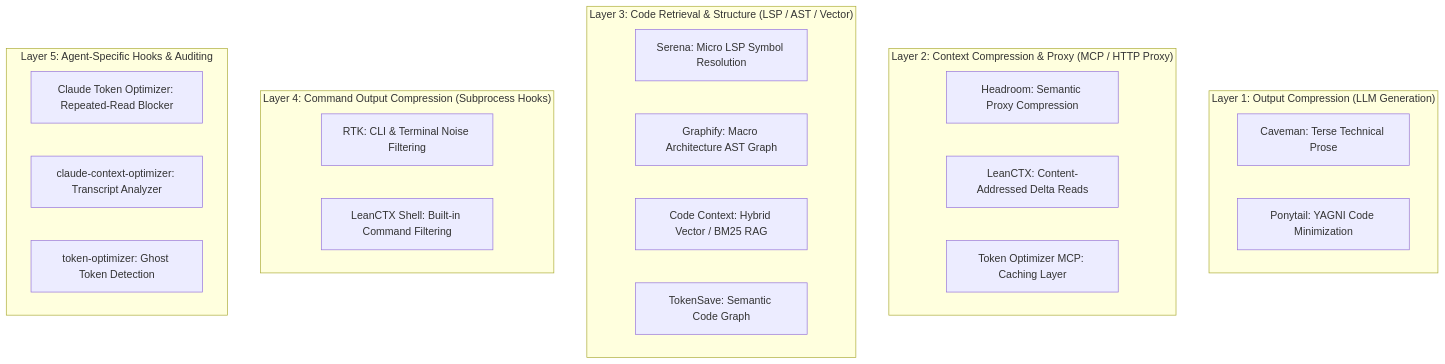
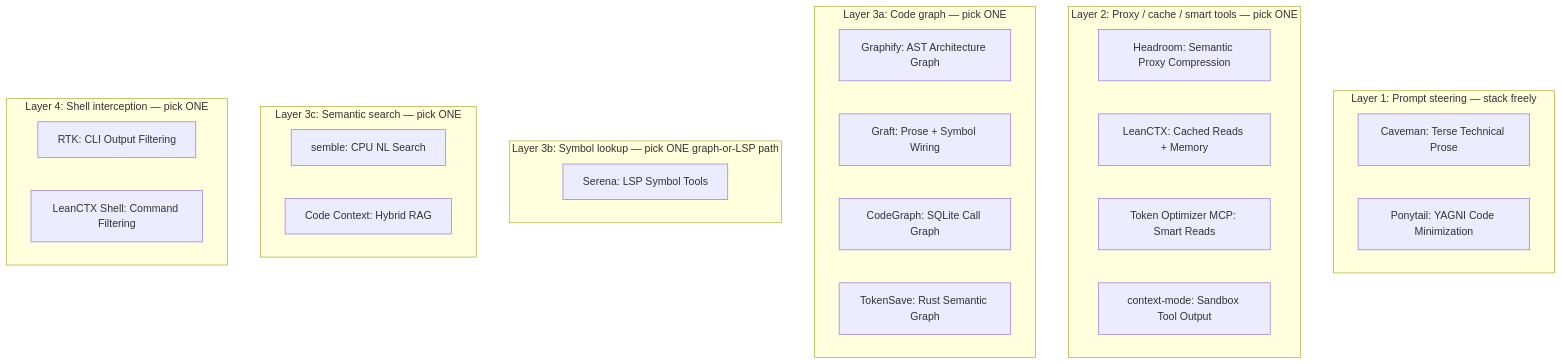
The diagram in _drafts/reduce-ai-token-usage-part2-tools.md (sagarnikam123/sagarnikam123.github.io), drawn with Mermaid before and after one commit. The commit also changed other lines of this file and 1 other file, not shown here.

````diff
--- a/_drafts/reduce-ai-token-usage-part2-tools.md
+++ b/_drafts/reduce-ai-token-usage-part2-tools.md
@@ -65,31 +42,36 @@
 ```mermaid
 graph TD
-    subgraph "Layer 1: Output Compression (LLM Generation)"
+    subgraph "Layer 1: Prompt steering — stack freely"
         CAVE[Caveman: Terse Technical Prose]
         PONY[Ponytail: YAGNI Code Minimization]
     end
 
-    subgraph "Layer 2: Context Compression & Proxy (MCP / HTTP Proxy)"
+    subgraph "Layer 2: Proxy / cache / smart tools — pick ONE"
         HEADROOM[Headroom: Semantic Proxy Compression]
-        LCTX_P[LeanCTX: Content-Addressed Delta Reads]
-        TOMCP[Token Optimizer MCP: Caching Layer]
+        LCTX_P[LeanCTX: Cached Reads + Memory]
+        TOMCP[Token Optimizer MCP: Smart Reads]
+        CMODE[context-mode: Sandbox Tool Output]
     end
 
-    subgraph "Layer 3: Code Retrieval & Structure (LSP / AST / Vector)"
-        SERENA[Serena: Micro LSP Symbol Resolution]
-        GRAPH[Graphify: Macro Architecture AST Graph]
-        CCONTEXT[Code Context: Hybrid Vector / BM25 RAG]
-        TSAVE[TokenSave: Semantic Code Graph]
+    subgraph "Layer 3a: Code graph — pick ONE"
+        GRAPH[Graphify: AST Architecture Graph]
+        GRAFT[Graft: Prose + Symbol Wiring]
+        CGRAPH[CodeGraph: SQLite Call Graph]
+        TSAVE[TokenSave: Rust Semantic Graph]
     end
 
-    subgraph "Layer 4: Command Output Compression (Subprocess Hooks)"
-        RTK[RTK: CLI & Terminal Noise Filtering]
-        LCTX_S[LeanCTX Shell: Built-in Command Filtering]
+    subgraph "Layer 3b: Symbol lookup — pick ONE graph-or-LSP path"
+        SERENA[Serena: LSP Symbol Tools]
     end
 
-    subgraph "Layer 5: Agent-Specific Hooks & Auditing"
-        CTO[Claude Token Optimizer: Repeated-Read Blocker]
-        CCO[claude-context-optimizer: Transcript Analyzer]
-        TO_AG[token-optimizer: Ghost Token Detection]
+    subgraph "Layer 3c: Semantic search — pick ONE"
+        SEMBLE[semble: CPU NL Search]
+        CCONTEXT[Code Context: Hybrid RAG]
     end
+
+    subgraph "Layer 4: Shell interception — pick ONE"
+        RTK[RTK: CLI Output Filtering]
+        LCTX_S[LeanCTX Shell: Command Filtering]
+    end
+
 ```
````
